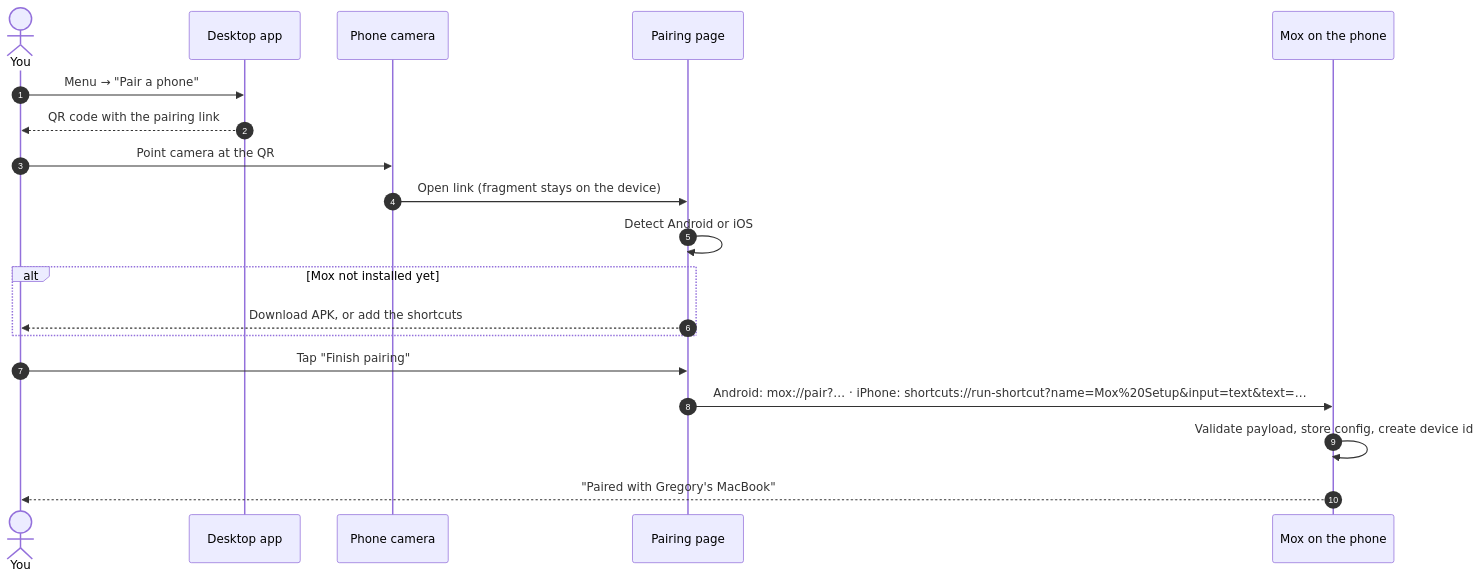
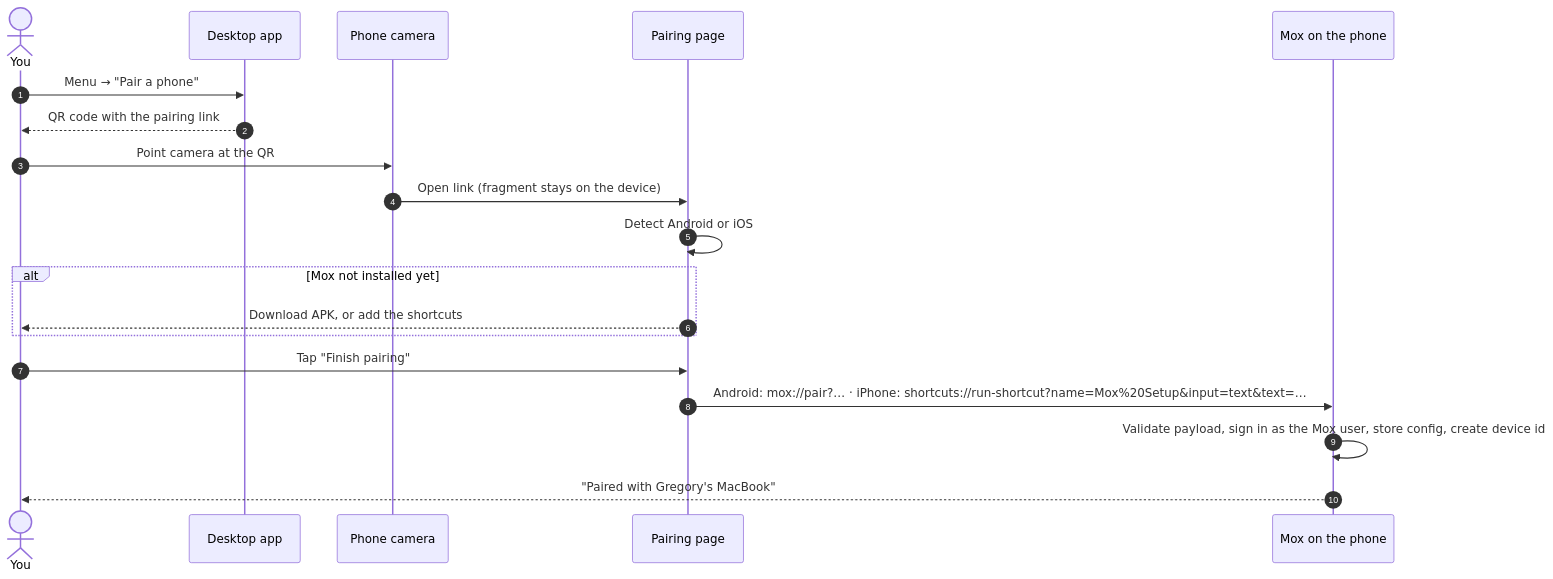
One commit to GiamSoo23/Mox changed the third of 5 diagrams in docs/DESIGN.md. Above: the diagram before and after it, drawn with Mermaid. The commit also changed other lines of this file and 1 other file, not shown here.

````diff
--- a/docs/DESIGN.md
+++ b/docs/DESIGN.md
@@ -185,22 +191,22 @@
 ```mermaid
 sequenceDiagram
     autonumber
     actor U as You
     participant D as Desktop app
     participant C as Phone camera
     participant P as Pairing page
     participant A as Mox on the phone
 
     U->>D: Menu → "Pair a phone"
     D-->>U: QR code with the pairing link
     U->>C: Point camera at the QR
     C->>P: Open link (fragment stays on the device)
     P->>P: Detect Android or iOS
     alt Mox not installed yet
         P-->>U: Download APK, or add the shortcuts
     end
     U->>P: Tap "Finish pairing"
     P->>A: Android: mox://pair?… · iPhone: shortcuts://run-shortcut?name=Mox%20Setup&input=text&text=…
-    A->>A: Validate payload, store config, create device id
+    A->>A: Validate payload, sign in as the Mox user, store config, create device id
     A-->>U: "Paired with Gregory's MacBook"
 ```
````
